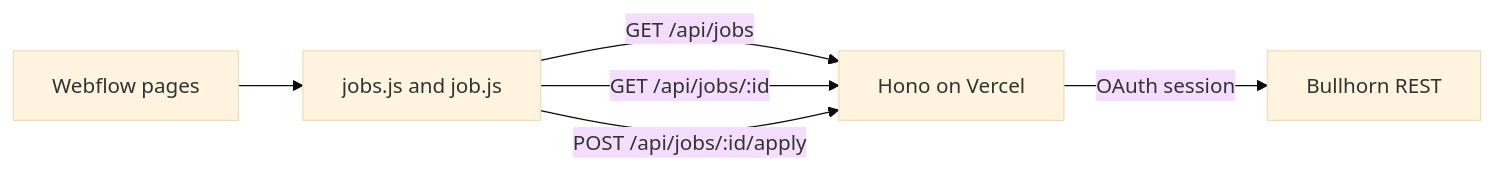
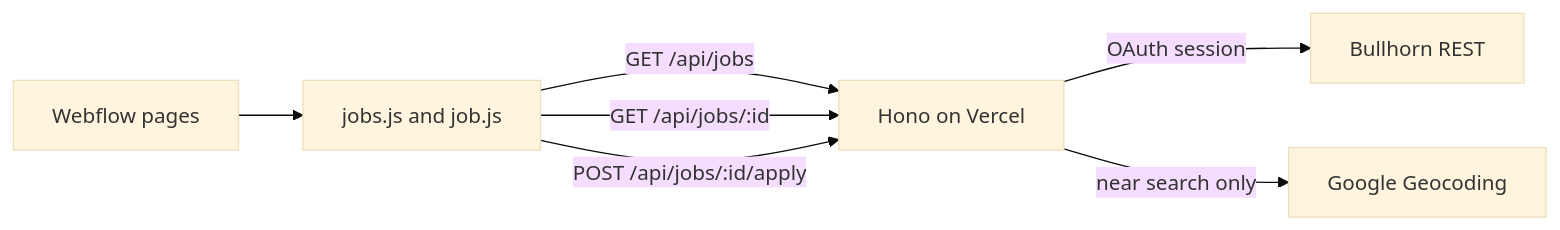
The diagram in README.md (BX-Studio-Webflow/career-group), drawn with Mermaid (base theme) before and after one commit. The commit also changed other lines of this file, not shown here.

````diff
--- a/README.md
+++ b/README.md
@@ -13,13 +11,15 @@
 ```mermaid
 flowchart LR
   webflow[Webflow pages]
   scripts[jobs.js and job.js]
   vercel[Hono on Vercel]
   bullhorn[Bullhorn REST]
+  maps[Google Geocoding]
 
   webflow --> scripts
   scripts -->|"GET /api/jobs"| vercel
   scripts -->|"GET /api/jobs/:id"| vercel
   scripts -->|"POST /api/jobs/:id/apply"| vercel
   vercel -->|"OAuth session"| bullhorn
+  vercel -->|"near search only"| maps
 ```
````
